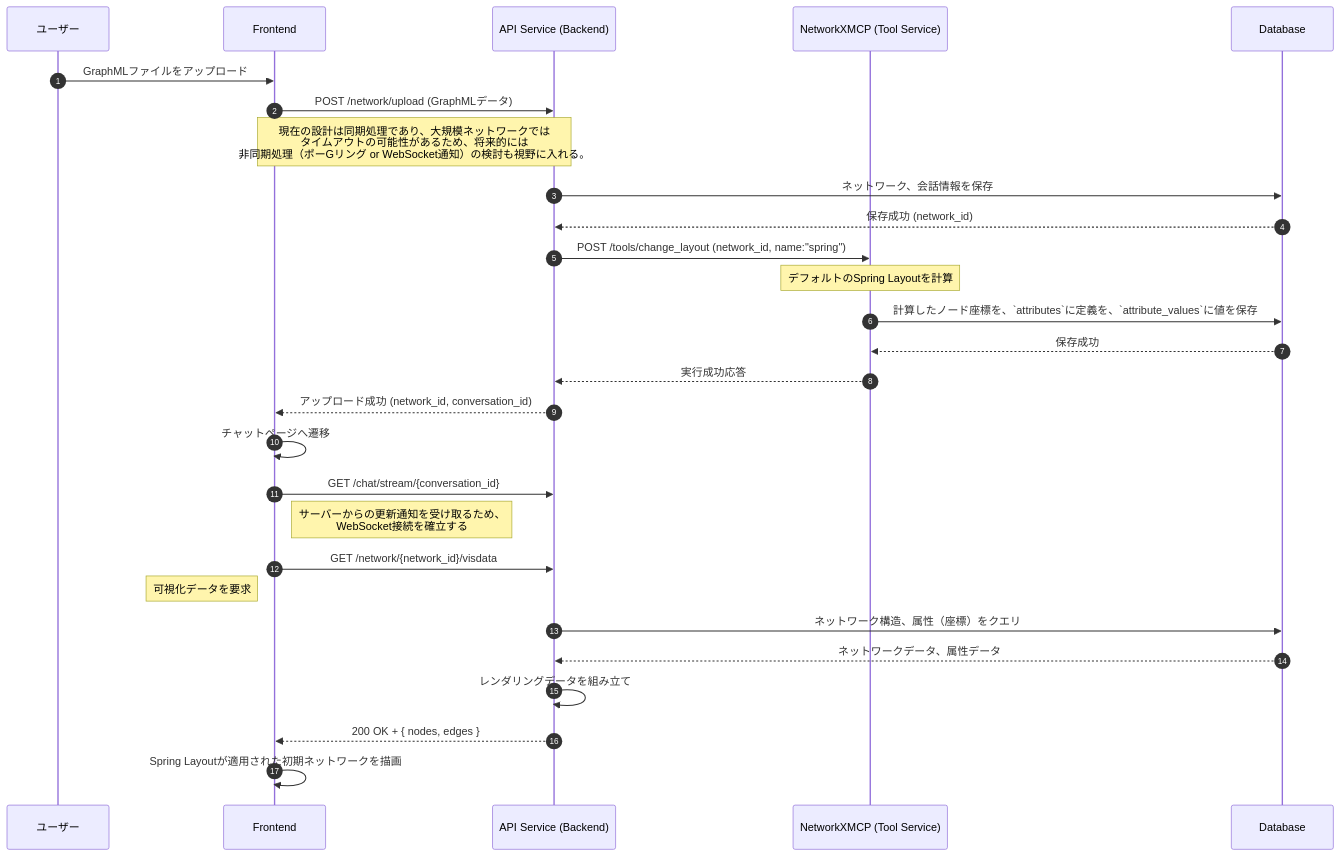
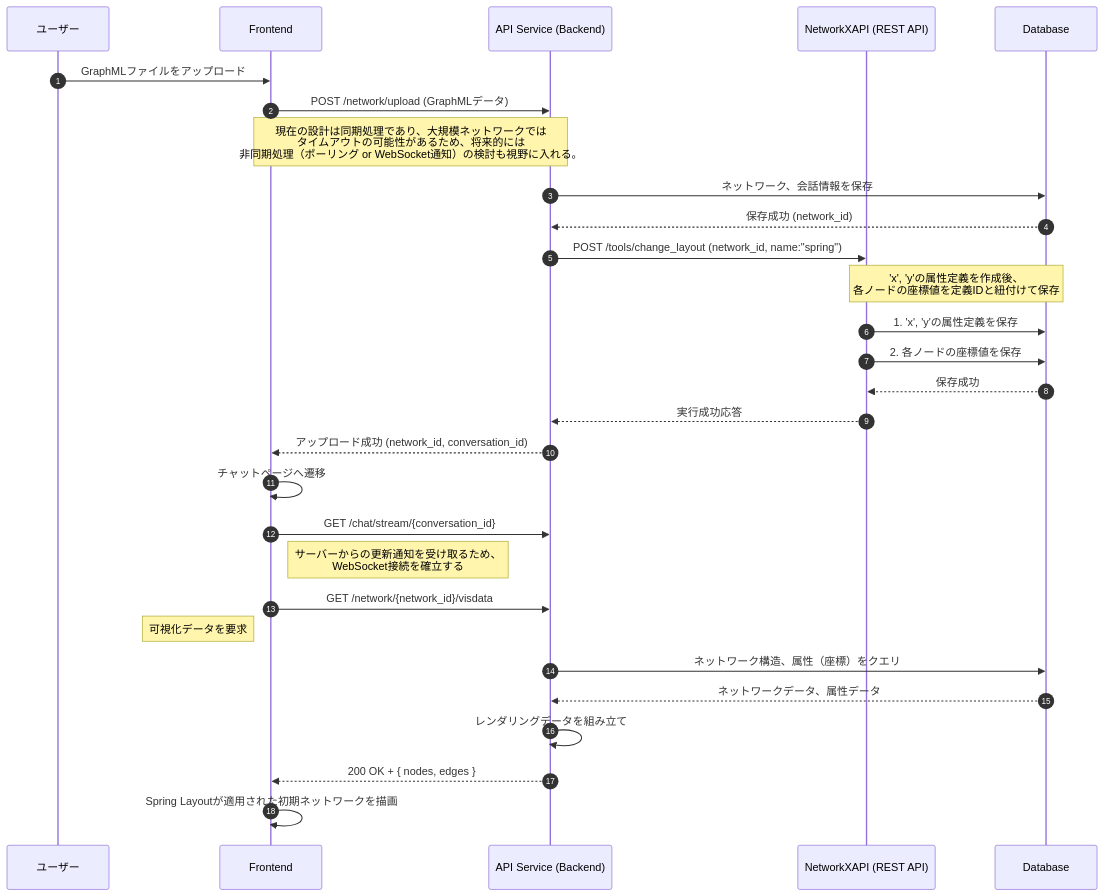
One commit to vdslab/LLMGraphvis changed the first of 6 diagrams in specification/2_Technical_Details/6_Core_Workflows.md. Above: the diagram before and after it, drawn with Mermaid. The commit also changed other lines of this file and 22 other files, not shown here.

Commit message:
Remove outdated API and architecture specifications for LLMGraphvis and NetworkXMCP; update README to reflect changes in component naming.

````diff
--- a/specification/2_Technical_Details/6_Core_Workflows.md
+++ b/specification/2_Technical_Details/6_Core_Workflows.md
@@ -22,40 +22,41 @@
 ```mermaid
 sequenceDiagram
     autonumber
     participant U as ユーザー
     participant F as Frontend
     participant B as API Service (Backend)
-    participant N as NetworkXMCP (Tool Service)
+    participant N as NetworkXAPI (REST API)
     participant DB as Database
 
     %% Step 1: User uploads a file
     U->>F: GraphMLファイルをアップロード
     F->>B: POST /network/upload (GraphMLデータ)
-    note over B,F: 現在の設計は同期処理であり、大規模ネットワークでは<br/>タイムアウトの可能性があるため、将来的には<br/>非同期処理（ポーGリング or WebSocket通知）の検討も視野に入れる。
+    note over B,F: 現在の設計は同期処理であり、大規模ネットワークでは<br/>タイムアウトの可能性があるため、将来的には<br/>非同期処理（ポーリング or WebSocket通知）の検討も視野に入れる。
 
     %% Step 2: Backend saves initial data and requests default layout calculation
     B->>DB: ネットワーク、会話情報を保存
     DB-->>B: 保存成功 (network_id)
     B->>N: POST /tools/change_layout (network_id, name:"spring")
-    note over N: デフォルトのSpring Layoutを計算
 
-    %% Step 3: NetworkXMCP computes and saves layout as an attribute
-    N->>DB: 計算したノード座標を、`attributes`に定義を、`attribute_values`に値を保存
+    %% Step 3: NetworkXAPI computes and saves layout as an attribute
+    note over N,DB: 'x', 'y'の属性定義を作成後、<br/>各ノードの座標値を定義IDと紐付けて保存
+    N->>DB: 1. 'x', 'y'の属性定義を保存
+    N->>DB: 2. 各ノードの座標値を保存
     DB-->>N: 保存成功
     N-->>B: 実行成功応答
     B-->>F: アップロード成功 (network_id, conversation_id)
 
     %% Step 4: Frontend navigates and fetches the initial network data
     F->>F: チャットページへ遷移
     F->>B: GET /chat/stream/{conversation_id}
     note right of F: サーバーからの更新通知を受け取るため、<br/>WebSocket接続を確立する
     F->>B: GET /network/{network_id}/visdata
     note left of F: 可視化データを要求
     B->>DB: ネットワーク構造、属性（座標）をクエリ
     DB-->>B: ネットワークデータ、属性データ
     B->>B: レンダリングデータを組み立て
     B-->>F: 200 OK + { nodes, edges }
 
     %% Step 5: Frontend renders the initial network
     F->>F: Spring Layoutが適用された初期ネットワークを描画
 ```
````
